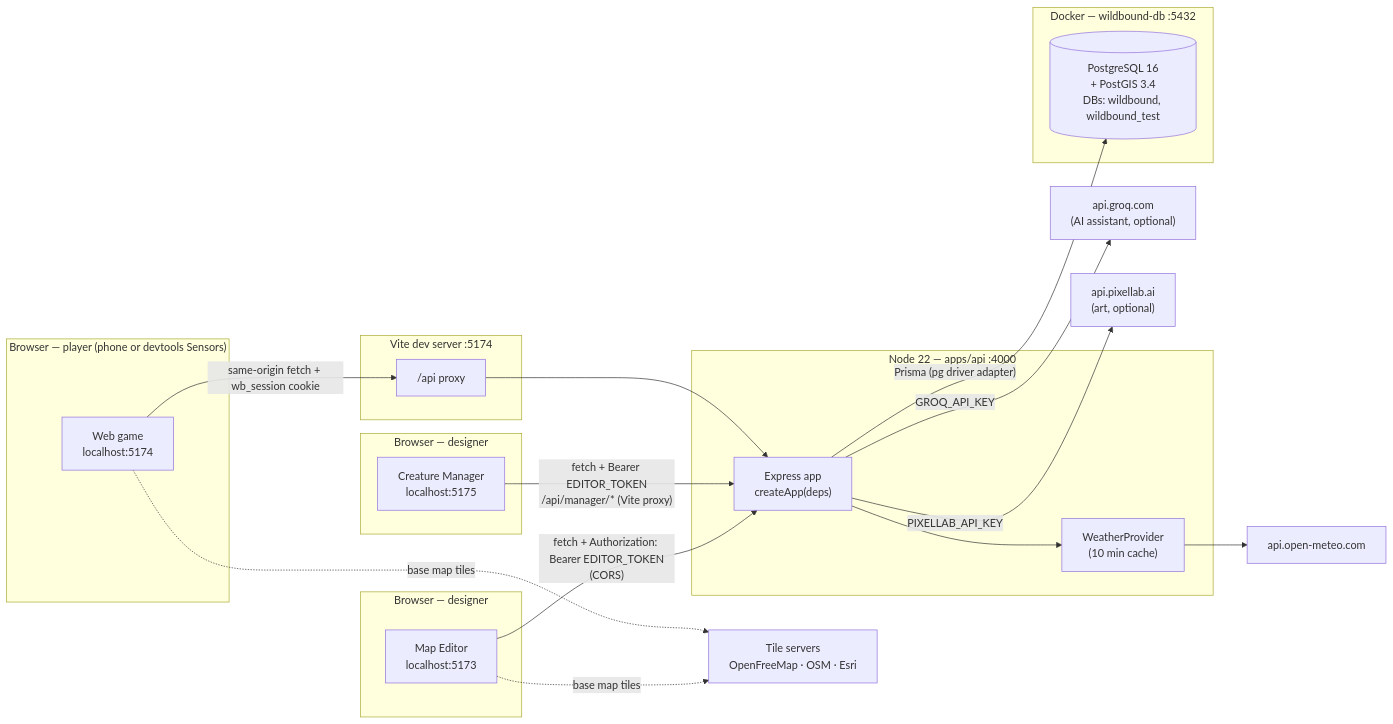
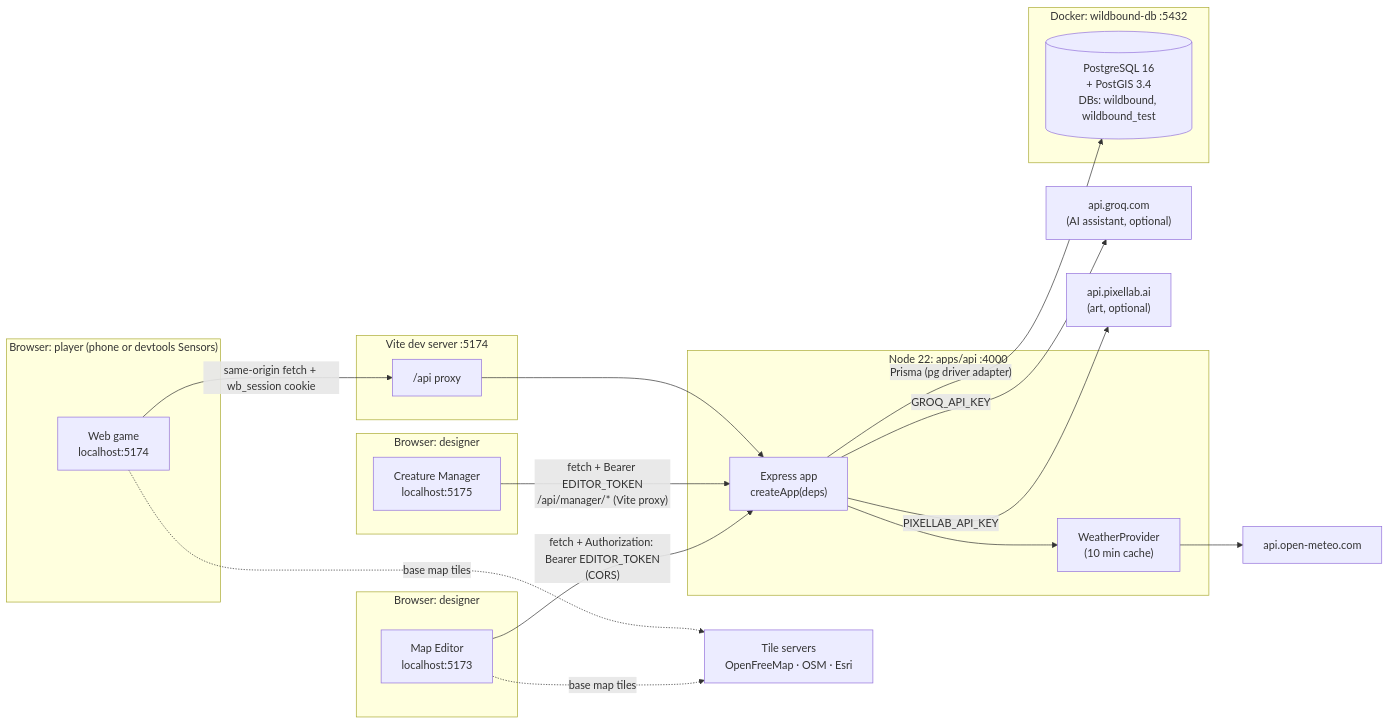
Before and after one commit to samceracas/wildbound: the second of 7 diagrams in docs/01-architecture.md, drawn with Mermaid. The commit also changed other lines of this file and 6 other files, not shown here.

````diff
--- a/docs/01-architecture.md
+++ b/docs/01-architecture.md
@@ -98,36 +101,36 @@
 ```mermaid
 flowchart LR
-    subgraph browser1["Browser — designer"]
+    subgraph browser1["Browser: designer"]
         E["Map Editor<br/>localhost:5173"]
     end
-    subgraph browser3["Browser — designer"]
+    subgraph browser3["Browser: designer"]
         MG["Creature Manager<br/>localhost:5175"]
     end
-    subgraph browser2["Browser — player (phone or devtools Sensors)"]
+    subgraph browser2["Browser: player (phone or devtools Sensors)"]
         W["Web game<br/>localhost:5174"]
     end
     subgraph vite["Vite dev server :5174"]
         PX["/api proxy"]
     end
-    subgraph node["Node 22 — apps/api :4000"]
+    subgraph node["Node 22: apps/api :4000"]
         X["Express app<br/>createApp(deps)"]
         WP["WeatherProvider<br/>(10 min cache)"]
     end
-    subgraph docker["Docker — wildbound-db :5432"]
+    subgraph docker["Docker: wildbound-db :5432"]
         PG[("PostgreSQL 16<br/>+ PostGIS 3.4<br/>DBs: wildbound, wildbound_test")]
     end
     OM["api.open-meteo.com"]
     GQ["api.groq.com<br/>(AI assistant, optional)"]
     PL["api.pixellab.ai<br/>(art, optional)"]
     TILES["Tile servers<br/>OpenFreeMap · OSM · Esri"]
 
     E -- "fetch + Authorization: Bearer EDITOR_TOKEN<br/>(CORS)" --> X
     MG -- "fetch + Bearer EDITOR_TOKEN<br/>/api/manager/* (Vite proxy)" --> X
     X -- "GROQ_API_KEY" --> GQ
     X -- "PIXELLAB_API_KEY" --> PL
     W -- "same-origin fetch + wb_session cookie" --> PX --> X
     X -- "Prisma (pg driver adapter)" --> PG
     X --> WP --> OM
     E -. "base map tiles" .-> TILES
     W -. "base map tiles" .-> TILES
 ```
````
